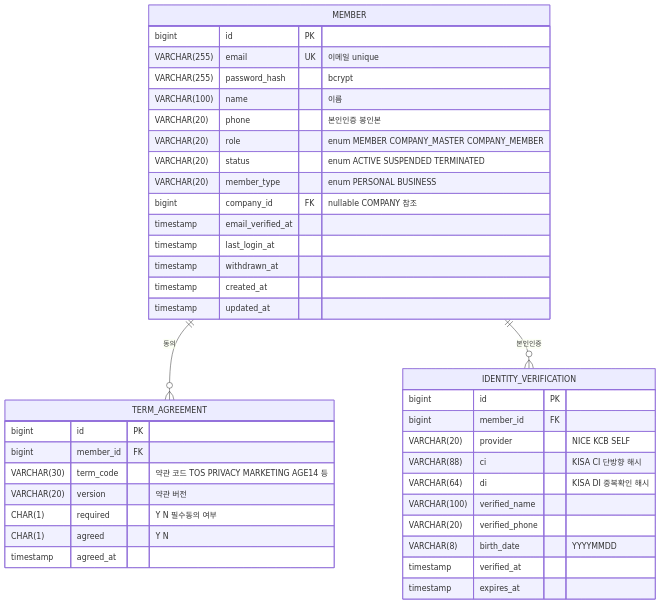
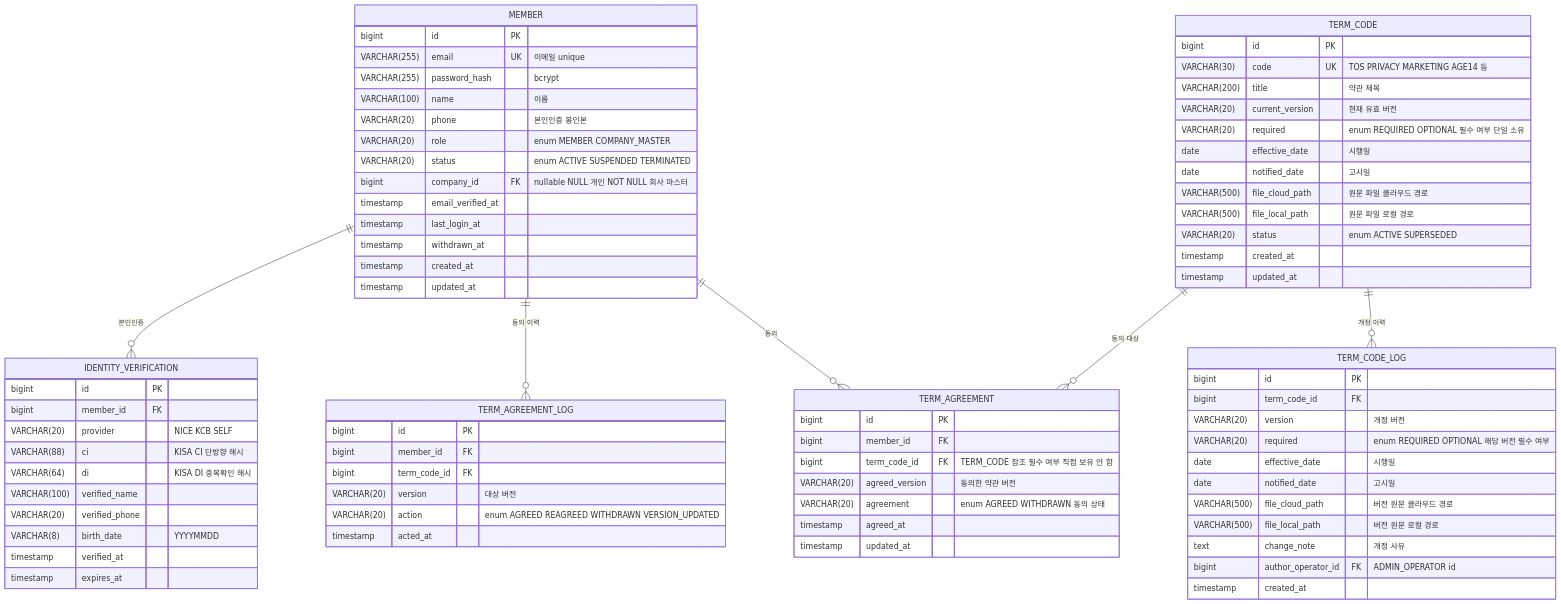
One commit to beanteacher/web-wisecan-unified changed the second of 26 diagrams in pm/05_DATA_MODEL.md. Above: the diagram before and after it, drawn with Mermaid. The commit also changed other lines of this file and 17 other files, not shown here.

````diff
--- a/pm/05_DATA_MODEL.md
+++ b/pm/05_DATA_MODEL.md
@@ -116,43 +119,80 @@
 ```mermaid
 %%{init: {"themeVariables": {"fontSize": "16px"}}}%%
 erDiagram
   MEMBER {
     bigint id PK
     VARCHAR(255) email UK "이메일 unique"
     VARCHAR(255) password_hash "bcrypt"
     VARCHAR(100) name "이름"
     VARCHAR(20) phone "본인인증 봉인본"
-    VARCHAR(20) role "enum MEMBER COMPANY_MASTER COMPANY_MEMBER"
+    VARCHAR(20) role "enum MEMBER COMPANY_MASTER"
     VARCHAR(20) status "enum ACTIVE SUSPENDED TERMINATED"
-    VARCHAR(20) member_type "enum PERSONAL BUSINESS"
-    bigint company_id FK "nullable COMPANY 참조"
+    bigint company_id FK "nullable NULL 개인 NOT NULL 회사 마스터"
     timestamp email_verified_at
     timestamp last_login_at
     timestamp withdrawn_at
     timestamp created_at
     timestamp updated_at
   }
+  TERM_CODE {
+    bigint id PK
+    VARCHAR(30) code UK "TOS PRIVACY MARKETING AGE14 등"
+    VARCHAR(200) title "약관 제목"
+    VARCHAR(20) current_version "현재 유효 버전"
+    VARCHAR(20) required "enum REQUIRED OPTIONAL 필수 여부 단일 소유"
+    date effective_date "시행일"
+    date notified_date "고시일"
+    VARCHAR(500) file_cloud_path "원문 파일 클라우드 경로"
+    VARCHAR(500) file_local_path "원문 파일 로컬 경로"
+    VARCHAR(20) status "enum ACTIVE SUPERSEDED"
+    timestamp created_at
+    timestamp updated_at
+  }
+  TERM_CODE_LOG {
+    bigint id PK
+    bigint term_code_id FK
+    VARCHAR(20) version "개정 버전"
+    VARCHAR(20) required "enum REQUIRED OPTIONAL 해당 버전 필수 여부"
+    date effective_date "시행일"
+    date notified_date "고시일"
+    VARCHAR(500) file_cloud_path "버전 원문 클라우드 경로"
+    VARCHAR(500) file_local_path "버전 원문 로컬 경로"
+    text change_note "개정 사유"
+    bigint author_operator_id FK "ADMIN_OPERATOR id"
+    timestamp created_at
+  }
   TERM_AGREEMENT {
     bigint id PK
     bigint member_id FK
-    VARCHAR(30) term_code "약관 코드 TOS PRIVACY MARKETING AGE14 등"
-    VARCHAR(20) version "약관 버전"
-    CHAR(1) required "Y N 필수동의 여부"
-    CHAR(1) agreed "Y N"
+    bigint term_code_id FK "TERM_CODE 참조 필수 여부 직접 보유 안 함"
+    VARCHAR(20) agreed_version "동의한 약관 버전"
+    VARCHAR(20) agreement "enum AGREED WITHDRAWN 동의 상태"
     timestamp agreed_at
+    timestamp updated_at
+  }
+  TERM_AGREEMENT_LOG {
+    bigint id PK
+    bigint member_id FK
+    bigint term_code_id FK
+    VARCHAR(20) version "대상 버전"
+    VARCHAR(20) action "enum AGREED REAGREED WITHDRAWN VERSION_UPDATED"
+    timestamp acted_at
   }
   IDENTITY_VERIFICATION {
     bigint id PK
     bigint member_id FK
     VARCHAR(20) provider "NICE KCB SELF"
     VARCHAR(88) ci "KISA CI 단방향 해시"
     VARCHAR(64) di "KISA DI 중복확인 해시"
     VARCHAR(100) verified_name
     VARCHAR(20) verified_phone
     VARCHAR(8) birth_date "YYYYMMDD"
     timestamp verified_at
     timestamp expires_at
   }
   MEMBER ||--o{ TERM_AGREEMENT : "동의"
+  MEMBER ||--o{ TERM_AGREEMENT_LOG : "동의 이력"
   MEMBER ||--o{ IDENTITY_VERIFICATION : "본인인증"
+  TERM_CODE ||--o{ TERM_CODE_LOG : "개정 이력"
+  TERM_CODE ||--o{ TERM_AGREEMENT : "동의 대상"
 ```
````
